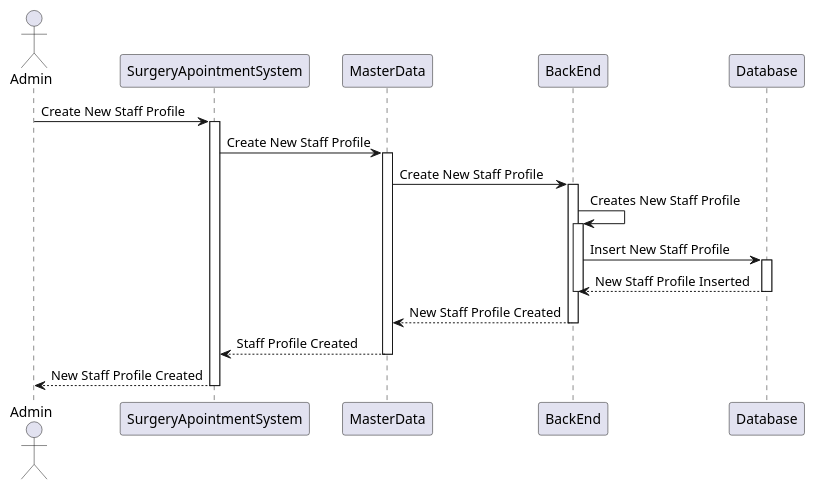
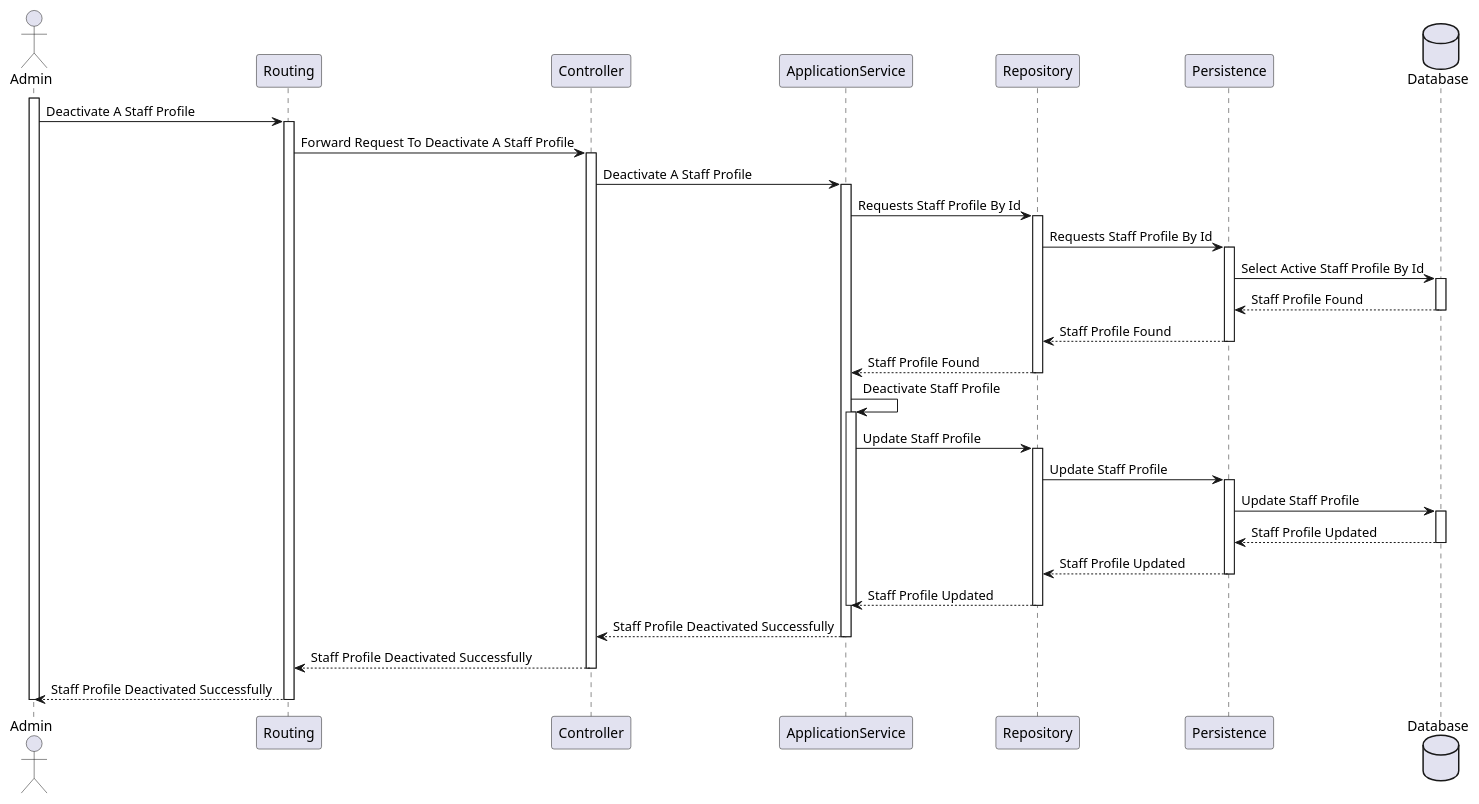
The diagram in docs/Sprint 1/US 5.1.13/SequenceDiagram/Level3/SequenceDiagram.puml (MateusCabral2004/sem5pi), drawn with PlantUML before and after one commit. The commit also changed 3 other files, not shown here.

Commit message:
#13 SequenceDiagram: Level1,2,3

```diff
--- a/docs/Sprint 1/US 5.1.13/SequenceDiagram/Level3/SequenceDiagram.puml
+++ b/docs/Sprint 1/US 5.1.13/SequenceDiagram/Level3/SequenceDiagram.puml
@@ -1,38 +1,72 @@
 @startuml
 actor Admin
-participant SurgeryApointmentSystem
-participant MasterData
-participant BackEnd
-participant Database
+participant Routing
+participant Controller
+participant ApplicationService
+participant Repository
+participant Persistence
+database Database
 
-Admin -> SurgeryApointmentSystem : Create New Staff Profile
-activate SurgeryApointmentSystem
+activate Admin
 
-SurgeryApointmentSystem -> MasterData : Create New Staff Profile
-activate MasterData
+Admin -> Routing : Deactivate A Staff Profile
+activate Routing
 
-MasterData -> BackEnd : Create New Staff Profile
-activate BackEnd
+Routing -> Controller : Forward Request To Deactivate A Staff Profile
+activate Controller
 
-BackEnd -> BackEnd : Creates New Staff Profile
-activate BackEnd
+Controller -> ApplicationService : Deactivate A Staff Profile
+activate ApplicationService
 
-BackEnd -> Database : Insert New Staff Profile
+ApplicationService -> Repository : Requests Staff Profile By Id
+activate Repository
+
+Repository -> Persistence : Requests Staff Profile By Id
+activate Persistence
+
+Persistence -> Database : Select Active Staff Profile By Id
 activate Database
 
-Database --> BackEnd : New Staff Profile Inserted
+Database --> Persistence : Staff Profile Found
 deactivate Database
 
-deactivate BackEnd
+Persistence --> Repository : Staff Profile Found
+deactivate Persistence
 
-BackEnd --> MasterData : New Staff Profile Created
+Repository --> ApplicationService : Staff Profile Found
+deactivate Repository
 
-deactivate BackEnd
+ApplicationService -> ApplicationService : Deactivate Staff Profile
+activate ApplicationService
 
-MasterData --> SurgeryApointmentSystem : Staff Profile Created
-deactivate MasterData
+ApplicationService -> Repository : Update Staff Profile
+activate Repository
 
-SurgeryApointmentSystem --> Admin : New Staff Profile Created
-deactivate SurgeryApointmentSystem
+Repository -> Persistence : Update Staff Profile
+activate Persistence
+
+Persistence -> Database : Update Staff Profile
+activate Database
+
+Database --> Persistence : Staff Profile Updated
+deactivate Database
+
+Persistence --> Repository : Staff Profile Updated
+deactivate Persistence
+
+Repository --> ApplicationService : Staff Profile Updated
+deactivate Repository
+deactivate ApplicationService
+
+ApplicationService --> Controller : Staff Profile Deactivated Successfully
+deactivate ApplicationService
+
+Controller --> Routing : Staff Profile Deactivated Successfully
+deactivate Controller
+
+Routing --> Admin : Staff Profile Deactivated Successfully
+deactivate Routing
+
+deactivate Admin
 
 @enduml
```
